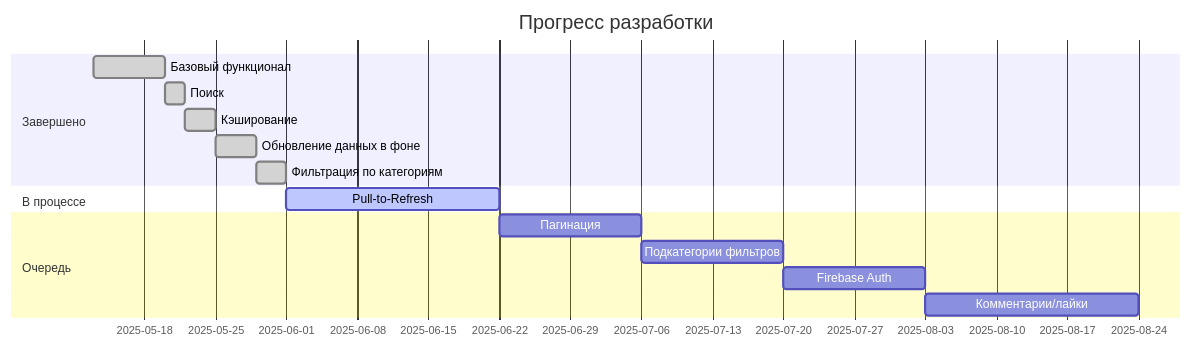
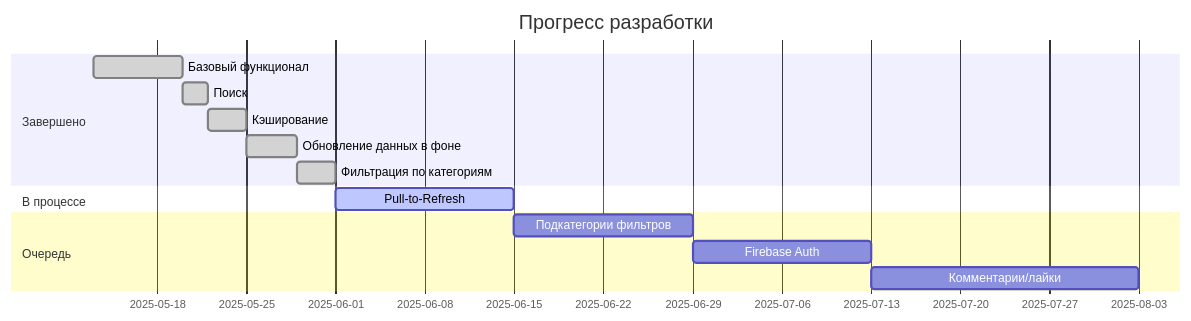
Before and after one commit to niksaen-official/NewsAggregator: the diagram in README.md, drawn with Mermaid.

````diff
--- a/README.md
+++ b/README.md
@@ -37,19 +37,18 @@
 ```mermaid
 gantt
     title Прогресс разработки
     dateFormat  YYYY-MM-DD
     todayMarker stroke=#000, thickness=4px
     section Завершено
     Базовый функционал          :done,    task1, 2025-05-13, 7d
     Поиск                       :done,    task2, after task1, 2d
     Кэширование                 :done,    task3, after task2, 3d
     Обновление данных в фоне    :done,    task4, after task3, 4d
     Фильтрация по категориям    :done,    task5, after task4, 3d
     section В процессе
-    Pull-to-Refresh             :active,  task6, after task5, 21d
+    Pull-to-Refresh             :active,  task6, after task5, 14d
     section Очередь
-    Пагинация                   :         task7, after task6, 14d
-    Подкатегории фильтров       :         task8, after task7, 14d
-    Firebase Auth               :         task9, after task8, 14d
-    Комментарии/лайки           :         task10, after task9, 21d
+    Подкатегории фильтров       :         task7, after task6, 14d
+    Firebase Auth               :         task8, after task7, 14d
+    Комментарии/лайки           :         task9, after task8, 21d
 ```
````
